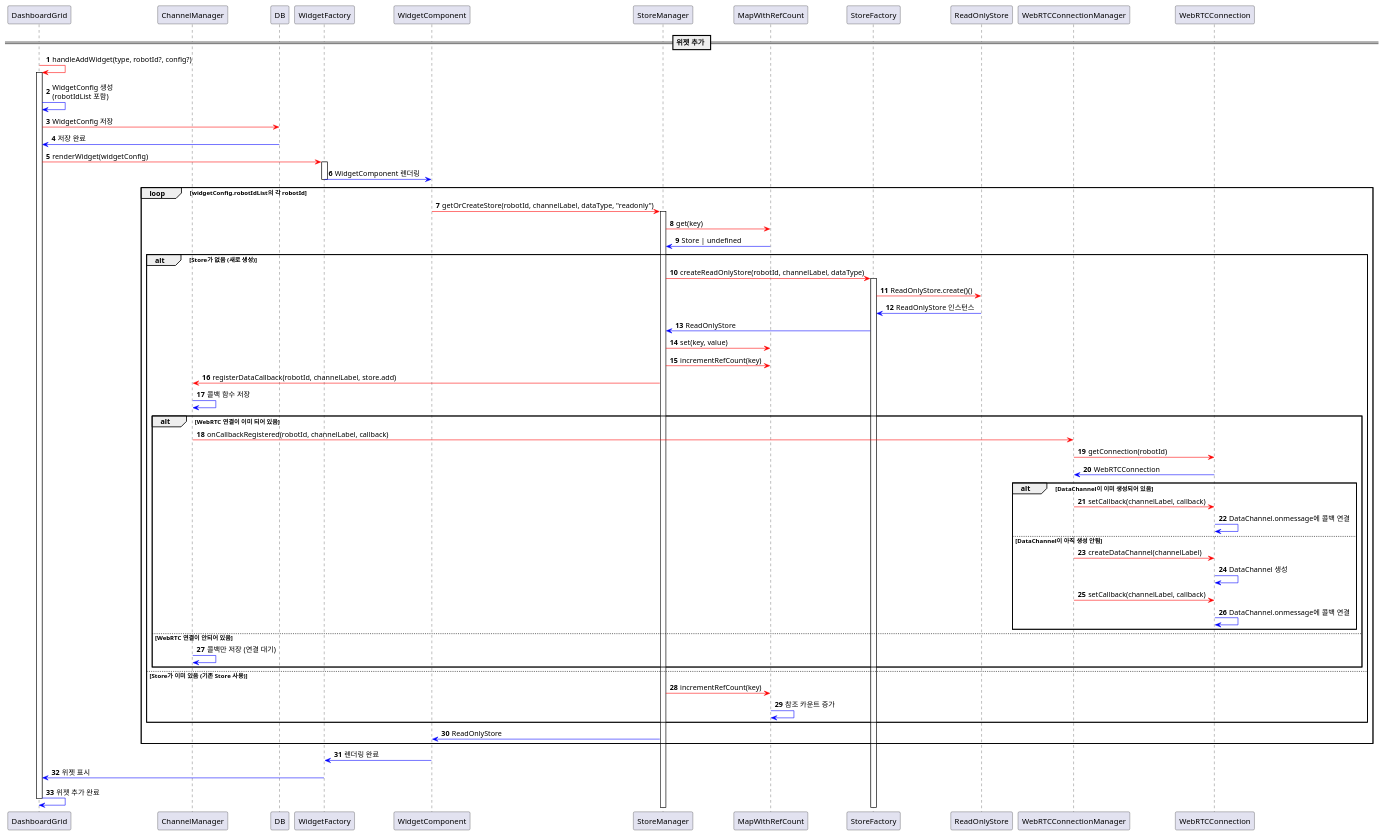
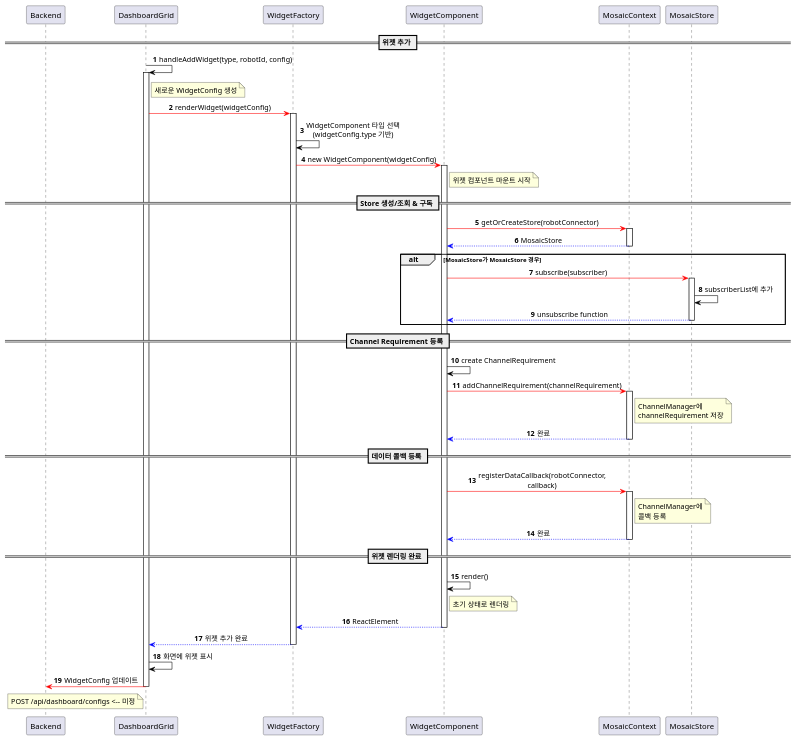
One commit to ACSL-MOSAIC/MOSAIC-Server changed the diagram in diagram/sequence_widget_add.puml. Above: the diagram before and after it, drawn with PlantUML.

Commit message:
modify: sequence_widget_add diagram

```diff
--- a/diagram/sequence_widget_add.puml
+++ b/diagram/sequence_widget_add.puml
@@ -1,76 +1,89 @@
 @startuml
-'https://plantuml.com/sequence-diagram
+skinparam sequenceMessageAlign center
+skinparam maxMessageSize 250
+autonumber
 
-participant DashboardGrid
-participant ChannelManager
-participant DB
-participant WidgetFactory
-participant WidgetComponent
-participant StoreManager
-participant MapWithRefCount
-participant StoreFactory
-participant ReadOnlyStore
-participant WebRTCConnectionManager
-participant WebRTCConnection
-
-autonumber
+participant "Backend" as Backend
+participant "DashboardGrid" as DashboardGrid
+participant "WidgetFactory" as WidgetFactory
+participant "WidgetComponent" as WidgetComponent
+participant "MosaicContext" as MosaicContext
+participant "MosaicStore" as MosaicStore
 
 == 위젯 추가 ==
 
-DashboardGrid -[#red]> DashboardGrid ++: handleAddWidget(type, robotId?, config?)
 
-DashboardGrid [#blue]-> DashboardGrid: WidgetConfig 생성\n(robotIdList 포함)
-DashboardGrid -[#red]> DB: WidgetConfig 저장
-DB -[#blue]> DashboardGrid: 저장 완료
+DashboardGrid -[#black]> DashboardGrid: handleAddWidget(type, robotId, config)
+activate DashboardGrid
 
-DashboardGrid -[#red]> WidgetFactory ++: renderWidget(widgetConfig)
-WidgetFactory -[#blue]> WidgetComponent --: WidgetComponent 렌더링
+note right of DashboardGrid: 새로운 WidgetConfig 생성
 
-loop widgetConfig.robotIdList의 각 robotId
-    WidgetComponent -[#red]> StoreManager ++: getOrCreateStore(robotId, channelLabel, dataType, "readonly")
-    
-    StoreManager -[#red]> MapWithRefCount: get(key)
-    MapWithRefCount -[#blue]> StoreManager: Store | undefined
-    
-    alt Store가 없음 (새로 생성)
-        StoreManager -[#red]> StoreFactory ++: createReadOnlyStore(robotId, channelLabel, dataType)
-        StoreFactory -[#red]> ReadOnlyStore: ReadOnlyStore.create()()
-        ReadOnlyStore -[#blue]> StoreFactory: ReadOnlyStore 인스턴스
-        StoreManager <[#blue]- StoreFactory: ReadOnlyStore
-        
-        StoreManager -[#red]> MapWithRefCount: set(key, value)
-        StoreManager -[#red]> MapWithRefCount: incrementRefCount(key)
-        
-        StoreManager -[#red]> ChannelManager: registerDataCallback(robotId, channelLabel, store.add)
-        ChannelManager [#blue]-> ChannelManager: 콜백 함수 저장
-        
-        alt WebRTC 연결이 이미 되어 있음
-            ChannelManager -[#red]> WebRTCConnectionManager: onCallbackRegistered(robotId, channelLabel, callback)
-            WebRTCConnectionManager -[#red]> WebRTCConnection: getConnection(robotId)
-            WebRTCConnectionManager <[#blue]- WebRTCConnection: WebRTCConnection
-            
-            alt DataChannel이 이미 생성되어 있음
-                WebRTCConnectionManager -[#red]> WebRTCConnection: setCallback(channelLabel, callback)
-                WebRTCConnection [#blue]-> WebRTCConnection: DataChannel.onmessage에 콜백 연결
-            else DataChannel이 아직 생성 안됨
-                WebRTCConnectionManager -[#red]> WebRTCConnection: createDataChannel(channelLabel)
-                WebRTCConnection [#blue]-> WebRTCConnection: DataChannel 생성
-                WebRTCConnectionManager -[#red]> WebRTCConnection: setCallback(channelLabel, callback)
-                WebRTCConnection [#blue]-> WebRTCConnection: DataChannel.onmessage에 콜백 연결
-            end
-        else WebRTC 연결이 안되어 있음
-            ChannelManager [#blue]-> ChannelManager: 콜백만 저장 (연결 대기)
-        end
-    else Store가 이미 있음 (기존 Store 사용)
-        StoreManager -[#red]> MapWithRefCount: incrementRefCount(key)
-        MapWithRefCount [#blue]-> MapWithRefCount: 참조 카운트 증가
-    end
-    
-    WidgetComponent <[#blue]- StoreManager: ReadOnlyStore
+DashboardGrid -[#red]> WidgetFactory: renderWidget(widgetConfig)
+activate WidgetFactory
+
+WidgetFactory -[#black]> WidgetFactory: WidgetComponent 타입 선택\n(widgetConfig.type 기반)
+
+WidgetFactory -[#red]> WidgetComponent: new WidgetComponent(widgetConfig)
+activate WidgetComponent
+
+note right of WidgetComponent: 위젯 컴포넌트 마운트 시작
+
+== Store 생성/조회 & 구독 ==
+
+WidgetComponent -[#red]> MosaicContext: getOrCreateStore(robotConnector)
+activate MosaicContext
+
+MosaicContext --[#blue]> WidgetComponent: MosaicStore
+deactivate MosaicContext
+
+alt MosaicStore가 MosaicStore 경우
+  WidgetComponent -[#red]> MosaicStore: subscribe(subscriber)
+  activate MosaicStore
+  
+  MosaicStore -[#black]> MosaicStore: subscriberList에 추가
+  
+  MosaicStore --[#blue]> WidgetComponent: unsubscribe function
+  deactivate MosaicStore
 end
 
-WidgetFactory <[#blue]- WidgetComponent: 렌더링 완료
-DashboardGrid <[#blue]- WidgetFactory: 위젯 표시
+== Channel Requirement 등록 ==
 
-DashboardGrid [#blue]-> DashboardGrid --: 위젯 추가 완료
+WidgetComponent -[#black]> WidgetComponent: create ChannelRequirement
+
+WidgetComponent -[#red]> MosaicContext: addChannelRequirement(channelRequirement)
+activate MosaicContext
+
+note right of MosaicContext: ChannelManager에\nchannelRequirement 저장
+
+MosaicContext --[#blue]> WidgetComponent: 완료
+deactivate MosaicContext
+
+== 데이터 콜백 등록 ==
+
+WidgetComponent -[#red]> MosaicContext: registerDataCallback(robotConnector, callback)
+activate MosaicContext
+
+note right of MosaicContext: ChannelManager에\n콜백 등록
+
+
+MosaicContext --[#blue]> WidgetComponent: 완료
+deactivate MosaicContext
+
+== 위젯 렌더링 완료 ==
+
+WidgetComponent -[#black]> WidgetComponent: render()
+note right of WidgetComponent: 초기 상태로 렌더링
+
+WidgetComponent --[#blue]> WidgetFactory: ReactElement
+deactivate WidgetComponent
+
+WidgetFactory --[#blue]> DashboardGrid: 위젯 추가 완료
+deactivate WidgetFactory
+
+DashboardGrid -[#black]> DashboardGrid: 화면에 위젯 표시
+DashboardGrid -[#red]> Backend : WidgetConfig 업데이트
+note left of DashboardGrid : POST /api/dashboard/configs <-- 미정
+
+deactivate DashboardGrid
+
 @enduml
```
